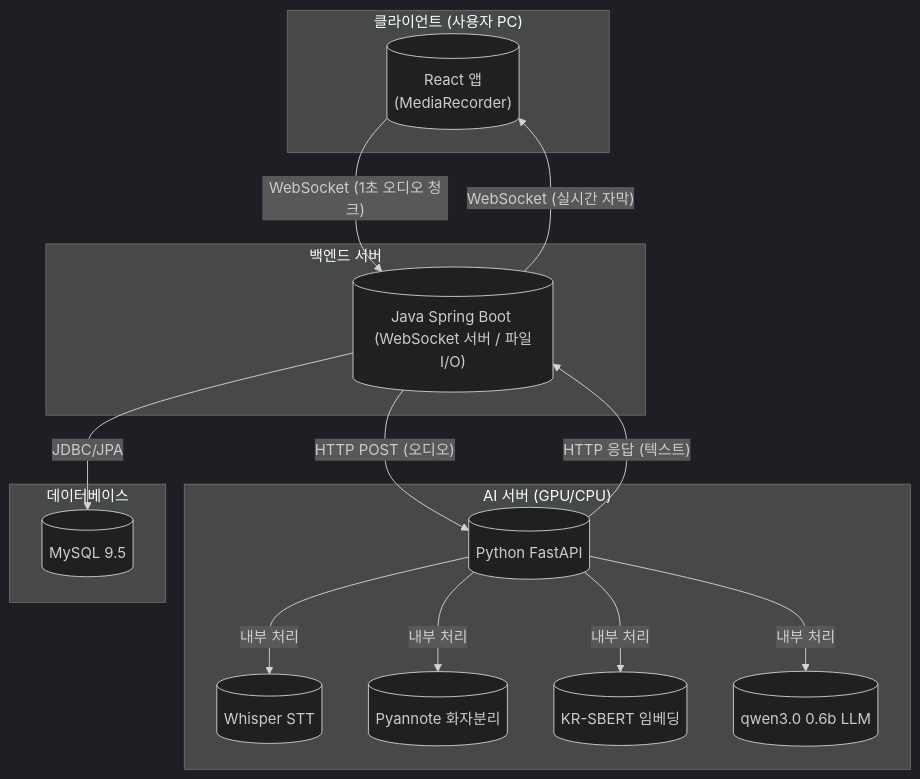
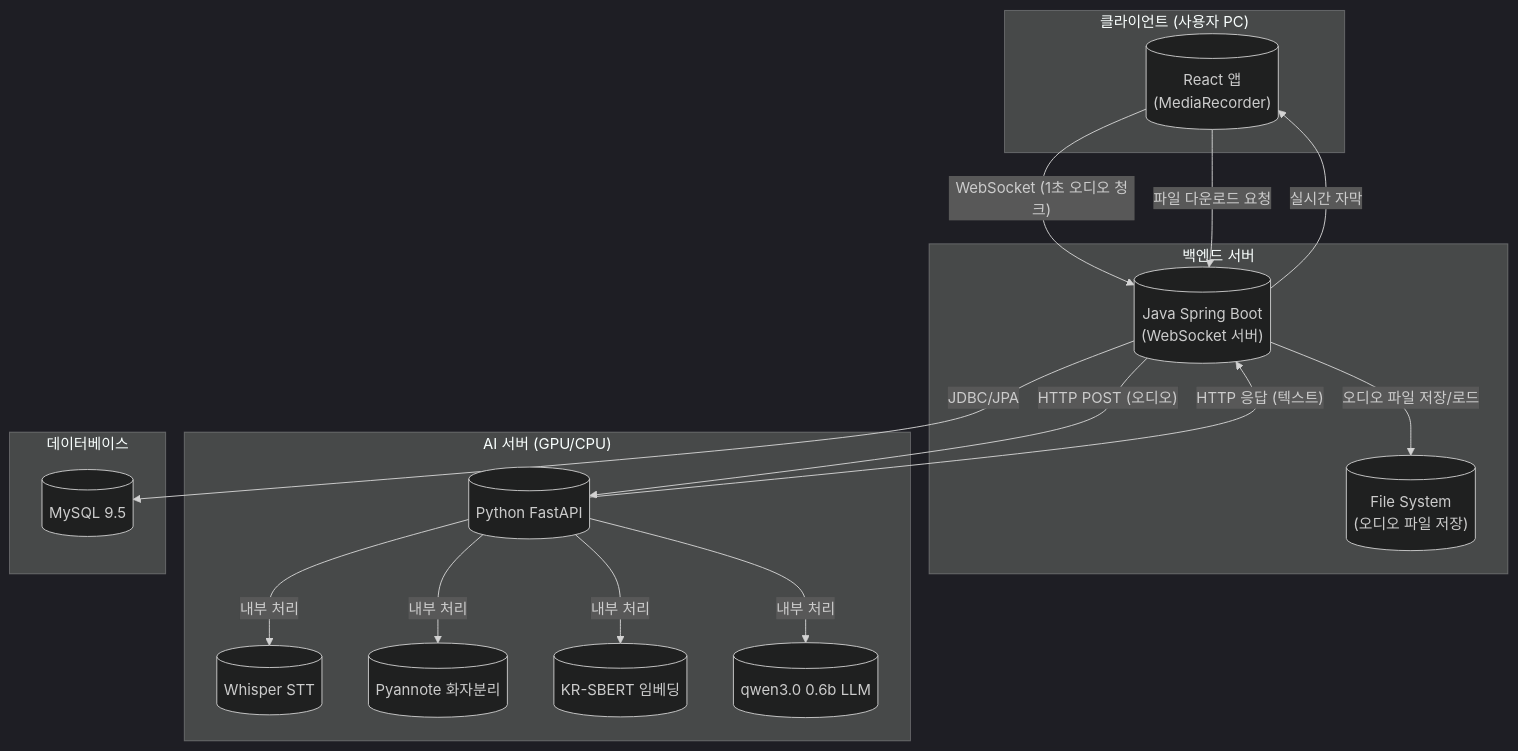
The first of 3 diagrams in task/architecture.md (leejunhyuk1061204/AI-5-mini-project), drawn with Mermaid (dark theme) before and after one commit. The commit also changed other lines of this file and 20 other files, not shown here.

````diff
--- a/task/architecture.md
+++ b/task/architecture.md
@@ -9,36 +9,39 @@
 ```mermaid
 graph TD
     subgraph Client ["클라이언트 (사용자 PC)"]
         React[("React 앱 <br/> (MediaRecorder)")]
     end
 
     subgraph Backend_Layer ["백엔드 서버"]
-        Spring[("Java Spring Boot <br/> (WebSocket 서버 / 파일 I/O)")]
+        Spring[("Java Spring Boot <br/> (WebSocket 서버)")]
+        FS[("File System <br/> (오디오 파일 저장)")]
     end
 
     subgraph AI_Layer ["AI 서버 (GPU/CPU)"]
         FastAPI[("Python FastAPI")]
         Whisper[("Whisper STT")]
         Diarization[("Pyannote 화자분리")]
         Embedding[("KR-SBERT 임베딩")]
         LLM[("qwen3.0 0.6b LLM")]
     end
 
     subgraph Data_Layer ["데이터베이스"]
         MySQL[("MySQL 9.5")]
     end
 
     %% Connections
     React -- "WebSocket (1초 오디오 청크)" --> Spring
-    Spring -- "WebSocket (실시간 자막)" --> React
+    Spring -- "실시간 자막" --> React
+    Spring -- "오디오 파일 저장/로드" --> FS
+    React -- "파일 다운로드 요청" --> Spring
     
     Spring -- "HTTP POST (오디오)" --> FastAPI
     FastAPI -- "HTTP 응답 (텍스트)" --> Spring
     
     Spring -- "JDBC/JPA" --> MySQL
     
     FastAPI -- "내부 처리" --> Whisper
     FastAPI -- "내부 처리" --> Diarization
     FastAPI -- "내부 처리" --> Embedding
     FastAPI -- "내부 처리" --> LLM
 ```
````
